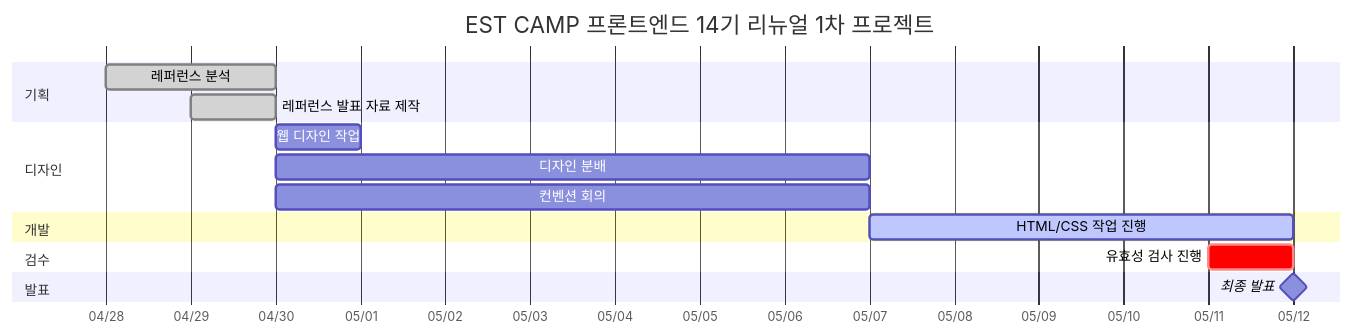
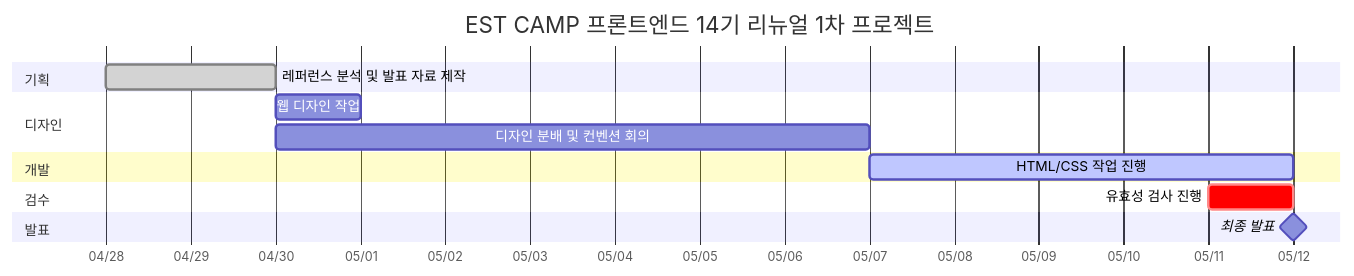
Before and after one commit to JEJU-Ratus/est_fe13_1st_project: the diagram in README.md, drawn with Mermaid.

Commit message:
docs : readme 수정

````diff
--- a/README.md
+++ b/README.md
@@ -84,24 +84,22 @@
 ```mermaid
 gantt
     title EST CAMP 프론트엔드 14기 리뉴얼 1차 프로젝트
     dateFormat YYYY-MM-DD
     axisFormat %m/%d
 
     section 기획
-    레퍼런스 분석 :done, a1, 2025-04-28, 2d
-    레퍼런스 발표 자료 제작 :done, a2, 2025-04-29, 1d
+    레퍼런스 분석 및 발표 자료 제작 :done, a1, 2025-04-28, 2d
 
     section 디자인
     웹 디자인 작업 :b1, 2025-04-30, 1d
-    디자인 분배 :b2, 2025-04-30, 7d
-    컨벤션 회의 :b3, 2025-04-30, 7d
+    디자인 분배 및 컨벤션 회의 :b2, 2025-04-30, 7d
 
     section 개발
     HTML/CSS 작업 진행 :active, c1, 2025-05-07, 5d
 
     section 검수
     유효성 검사 진행 :crit, d1, 2025-05-11, 1d
 
     section 발표
     최종 발표 :milestone, e1, 2025-05-12, 0d
 ```
````
